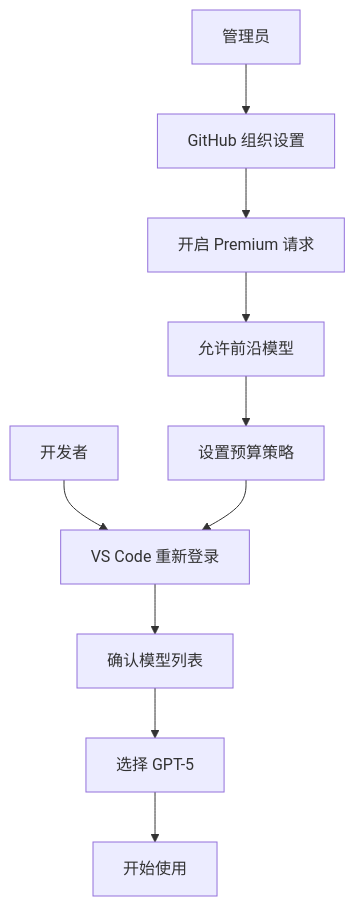
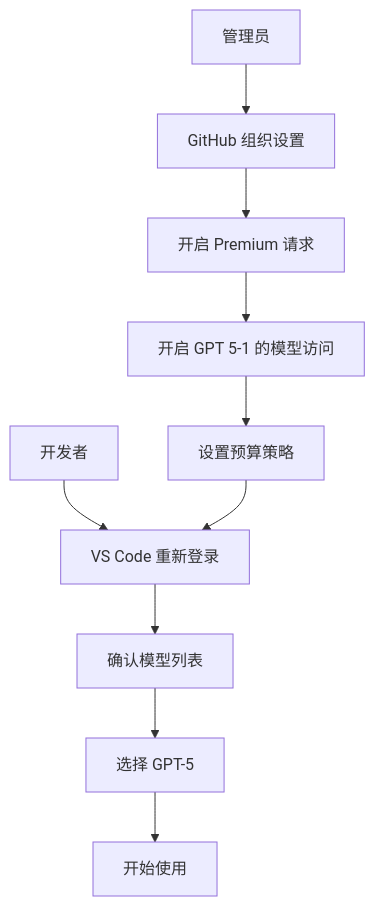
Before and after one commit to ghcpSharing/library: the fifth of 5 diagrams in annoucements/GPT-5-on-Boarded.md, drawn with Mermaid. The commit also changed other lines of this file, not shown here.

````diff
--- a/annoucements/GPT-5-on-Boarded.md
+++ b/annoucements/GPT-5-on-Boarded.md
@@ -190,14 +193,14 @@
 ```mermaid
 graph TD
     A[管理员] --> B[GitHub 组织设置]
     B --> C[开启 Premium 请求]
-    C --> D[允许前沿模型]
+    C --> D[开启 GPT 5-1 的模型访问]
     D --> E[设置预算策略]
     
     F[开发者] --> G[VS Code 重新登录]
     G --> H[确认模型列表]
     H --> I[选择 GPT-5]
     I --> J[开始使用]
     
     E --> G
 ```
````
